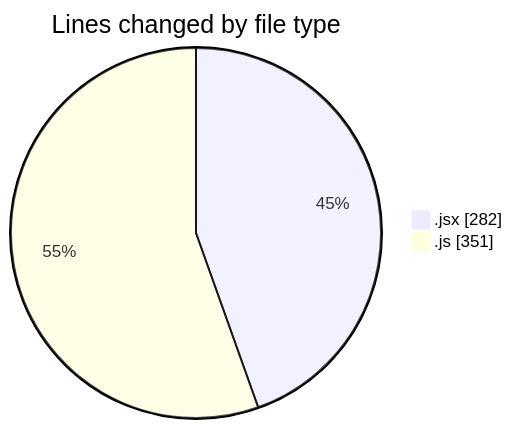
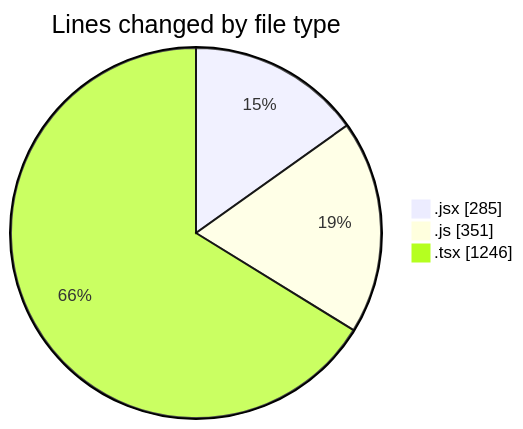
The first of 2 diagrams in 2026-02-12/cda/README.md (momahboobian/code-tracking), drawn with Mermaid before and after one commit. The commit also changed other lines of this file and 1 other file, not shown here.

````diff
--- a/2026-02-12/cda/README.md
+++ b/2026-02-12/cda/README.md
@@ -23,6 +24,7 @@
 ```mermaid
 pie showData
 title Lines changed by file type
-".jsx" : 282
+".jsx" : 285
 ".js" : 351
+".tsx" : 1246
 ```
````
